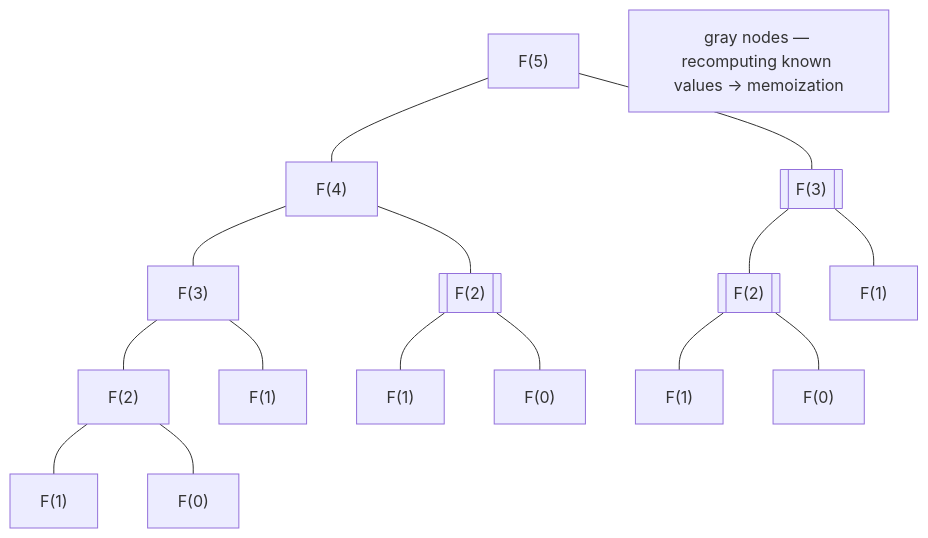
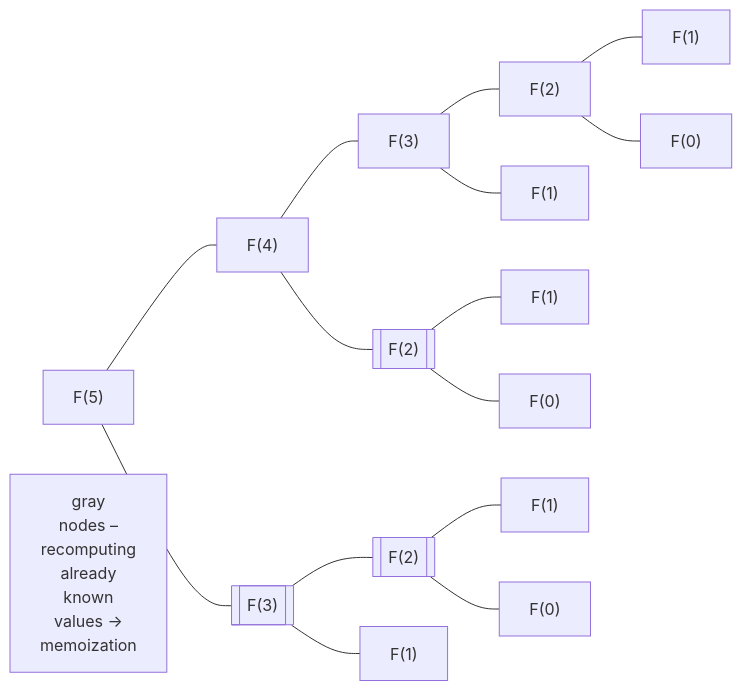
One commit to musicvano/Blog changed the second of 2 diagrams in src/courses/csharp/05-methods/overloading-recursion.md. Above: the diagram before and after it, drawn with Mermaid. The commit also changed other lines of this file and 583 other files, not shown here.

````diff
--- a/src/courses/csharp/05-methods/overloading-recursion.md
+++ b/src/courses/csharp/05-methods/overloading-recursion.md
@@ -146,18 +146,18 @@
 ```mermaid
-flowchart TD
+flowchart LR
   n1["F(5)"] --- n2["F(4)"]
   n1 --- n11[["F(3)"]]
   n2 --- n3["F(3)"]
   n2 --- n8[["F(2)"]]
   n3 --- n4["F(2)"]
   n3 --- n7["F(1)"]
   n4 --- n5["F(1)"]
   n4 --- n6["F(0)"]
   n8 --- n9["F(1)"]
   n8 --- n10["F(0)"]
   n11 --- n12[["F(2)"]]
   n11 --- n15["F(1)"]
   n12 --- n13["F(1)"]
   n12 --- n14["F(0)"]
-  N["gray nodes — recomputing known values → memoization"]
+  N["gray<br>nodes –<br>recomputing<br>already<br>known<br>values →<br>memoization"]
 ```
````
